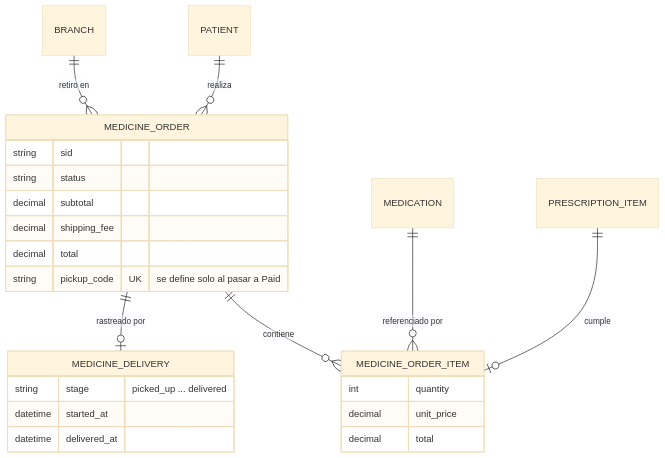
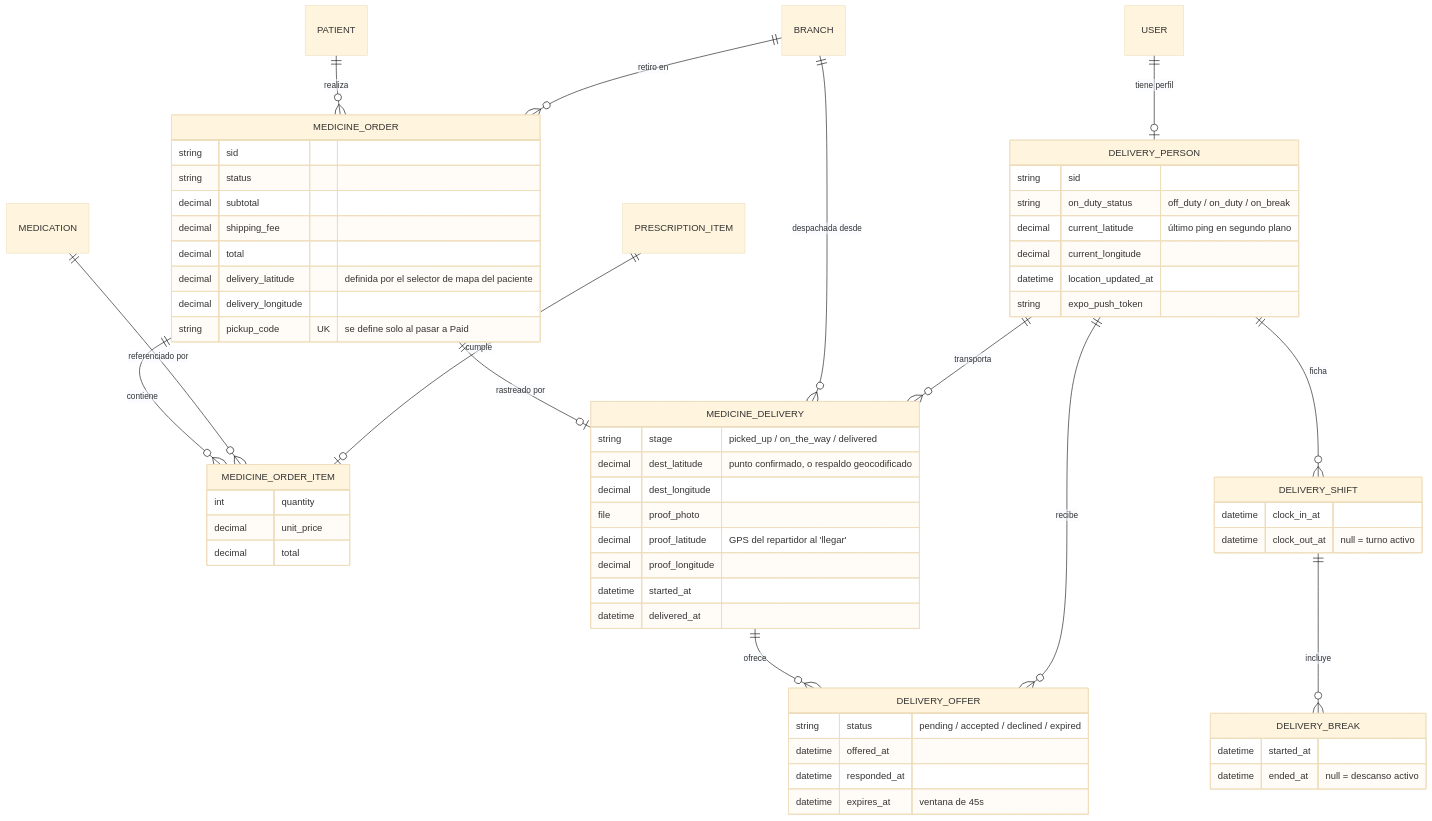
Before and after one commit to cris185/CHOHEALTH: the fourth of 6 diagrams in README.es.md, drawn with Mermaid (base theme). The commit also changed other lines of this file and 1 other file, not shown here.

First line of the commit message:
Document real GPS delivery tracking in the README, replace the simulated-delivery limitation note

````diff
--- a/README.es.md
+++ b/README.es.md
@@ -293,28 +344,64 @@
 ```mermaid
 erDiagram
     PATIENT ||--o{ MEDICINE_ORDER : realiza
     BRANCH ||--o{ MEDICINE_ORDER : "retiro en"
     MEDICINE_ORDER ||--o{ MEDICINE_ORDER_ITEM : contiene
     MEDICATION ||--o{ MEDICINE_ORDER_ITEM : "referenciado por"
     MEDICINE_ORDER ||--o| MEDICINE_DELIVERY : "rastreado por"
     PRESCRIPTION_ITEM ||--o| MEDICINE_ORDER_ITEM : cumple
+    BRANCH ||--o{ MEDICINE_DELIVERY : "despachada desde"
+    DELIVERY_PERSON ||--o{ MEDICINE_DELIVERY : transporta
+    USER ||--o| DELIVERY_PERSON : "tiene perfil"
+    DELIVERY_PERSON ||--o{ DELIVERY_SHIFT : ficha
+    DELIVERY_SHIFT ||--o{ DELIVERY_BREAK : incluye
+    MEDICINE_DELIVERY ||--o{ DELIVERY_OFFER : ofrece
+    DELIVERY_PERSON ||--o{ DELIVERY_OFFER : recibe
 
     MEDICINE_ORDER {
         string sid
         string status
         decimal subtotal
         decimal shipping_fee
         decimal total
+        decimal delivery_latitude "definida por el selector de mapa del paciente"
+        decimal delivery_longitude
         string pickup_code UK "se define solo al pasar a Paid"
     }
     MEDICINE_ORDER_ITEM {
         int quantity
         decimal unit_price
         decimal total
     }
     MEDICINE_DELIVERY {
-        string stage "picked_up ... delivered"
+        string stage "picked_up / on_the_way / delivered"
+        decimal dest_latitude "punto confirmado, o respaldo geocodificado"
+        decimal dest_longitude
+        file proof_photo
+        decimal proof_latitude "GPS del repartidor al 'llegar'"
+        decimal proof_longitude
         datetime started_at
         datetime delivered_at
     }
+    DELIVERY_PERSON {
+        string sid
+        string on_duty_status "off_duty / on_duty / on_break"
+        decimal current_latitude "último ping en segundo plano"
+        decimal current_longitude
+        datetime location_updated_at
+        string expo_push_token
+    }
+    DELIVERY_SHIFT {
+        datetime clock_in_at
+        datetime clock_out_at "null = turno activo"
+    }
+    DELIVERY_BREAK {
+        datetime started_at
+        datetime ended_at "null = descanso activo"
+    }
+    DELIVERY_OFFER {
+        string status "pending / accepted / declined / expired"
+        datetime offered_at
+        datetime responded_at
+        datetime expires_at "ventana de 45s"
+    }
 ```
````
